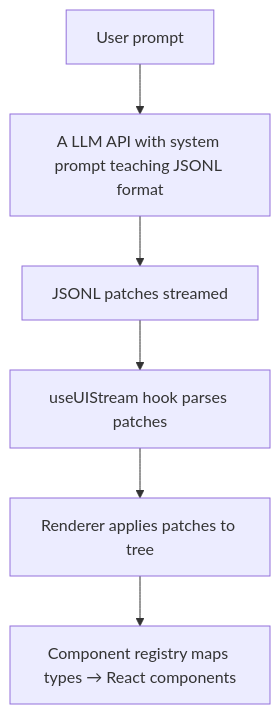
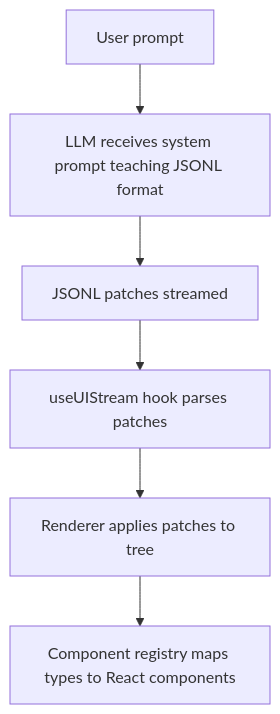
One commit to ubmit/ubmit.dev changed the second of 2 diagrams in src/content/talks/from-prompts-to-predictable-user-interfaces.md. Above: the diagram before and after it, drawn with Mermaid. The commit also changed other lines of this file, not shown here.

````diff
--- a/src/content/talks/from-prompts-to-predictable-user-interfaces.md
+++ b/src/content/talks/from-prompts-to-predictable-user-interfaces.md
@@ -345,8 +402,8 @@
 ```mermaid
 graph TD
-    A[User prompt] --> B[A LLM API with system prompt teaching JSONL format]
+    A[User prompt] --> B[LLM receives system prompt teaching JSONL format]
     B --> C[JSONL patches streamed]
     C --> D[useUIStream hook parses patches]
     D --> E[Renderer applies patches to tree]
-    E --> F[Component registry maps types → React components]
+    E --> F[Component registry maps types to React components]
 ```
````
